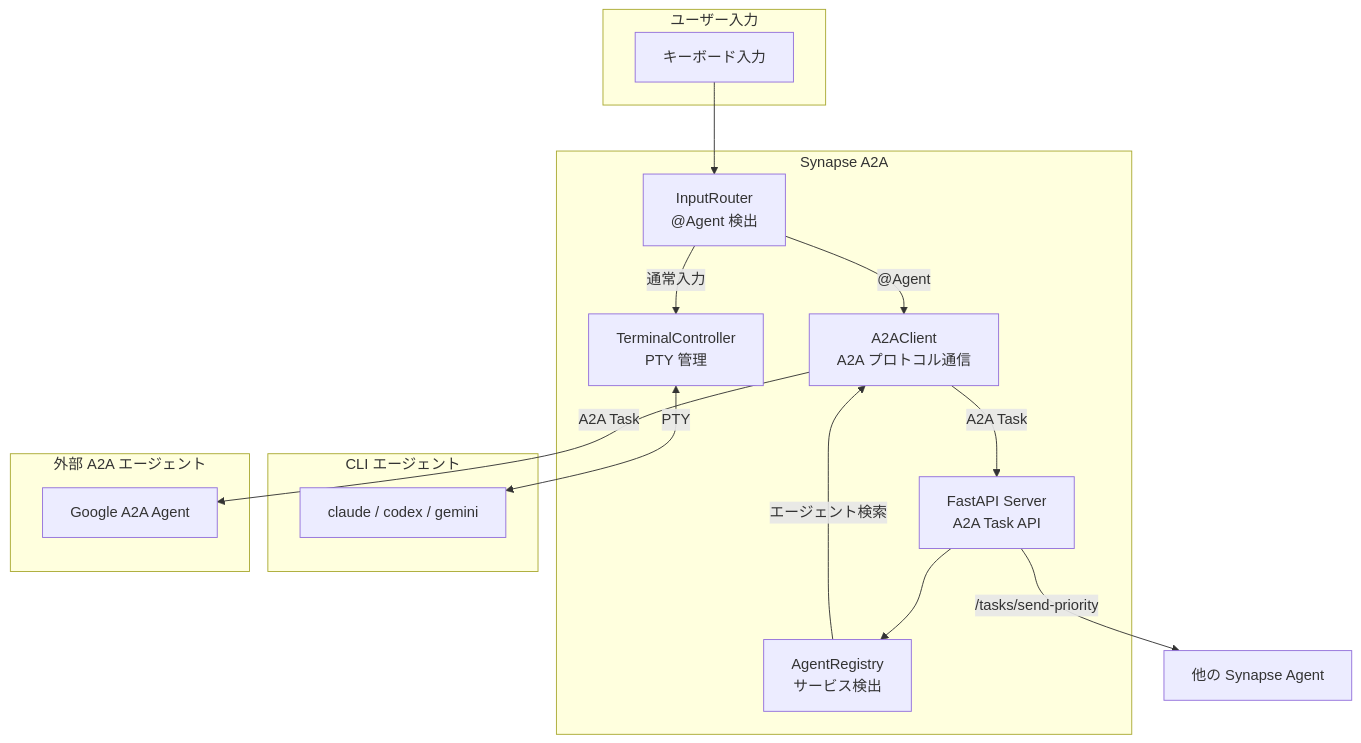
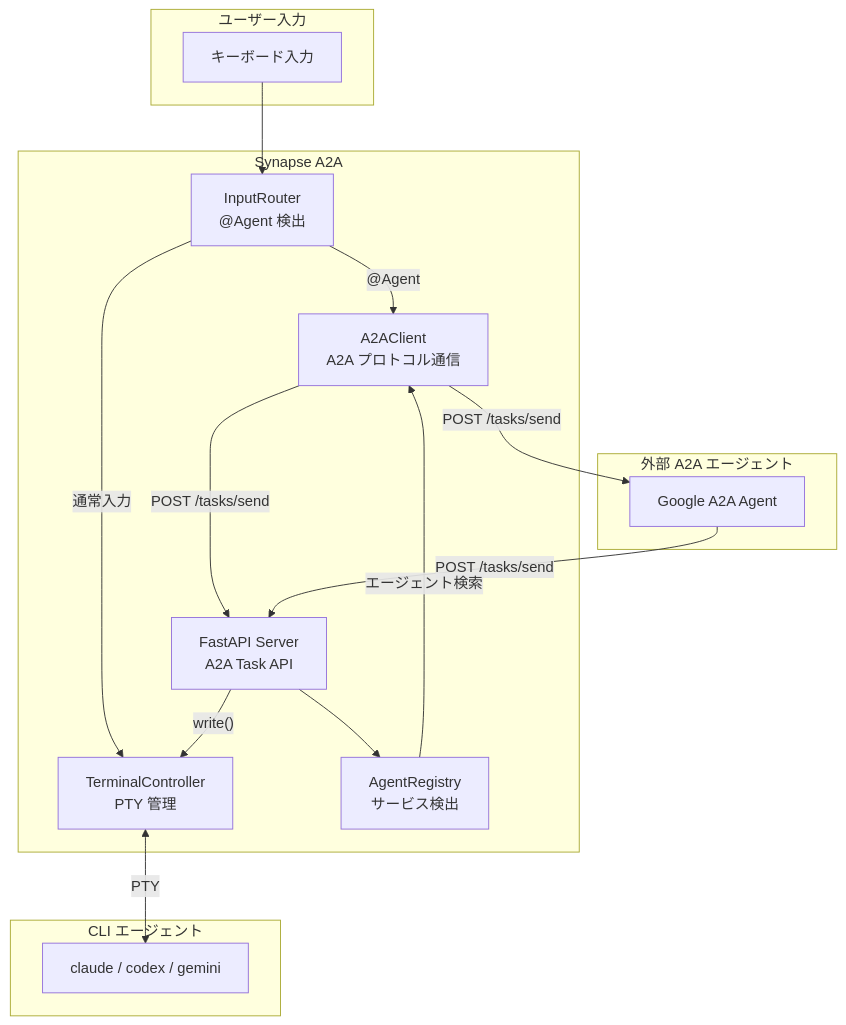
One commit to s-hiraoku/synapse-a2a changed the second of 3 diagrams in README.md. Above: the diagram before and after it, drawn with Mermaid. The commit also changed other lines of this file, not shown here.

Commit message:
docs: Update architecture diagram to show external agent reception
- Move external agent block to top for clarity
- Add arrow showing external agents can POST to Server
- Add Server → TerminalController write() flow
- Specify endpoint names (POST /tasks/send)
- Update Agent Card version example to 0.0.1

🤖 Generated with [Claude Code](https://claude.com/claude-code)

````diff
--- a/README.md
+++ b/README.md
@@ -74,32 +74,33 @@
 ```mermaid
 flowchart TB
     subgraph Human["ユーザー入力"]
         Input["キーボード入力"]
+    end
+
+    subgraph External["外部 A2A エージェント"]
+        ExtAgent["Google A2A Agent"]
     end
 
     subgraph Synapse["Synapse A2A"]
         IR["InputRouter<br/>@Agent 検出"]
         A2AClient["A2AClient<br/>A2A プロトコル通信"]
         TC["TerminalController<br/>PTY 管理"]
         Server["FastAPI Server<br/>A2A Task API"]
         Registry["AgentRegistry<br/>サービス検出"]
     end
 
     subgraph CLI["CLI エージェント"]
         Agent["claude / codex / gemini"]
     end
 
-    subgraph External["外部 A2A エージェント"]
-        ExtAgent["Google A2A Agent"]
-    end
-
     Input --> IR
     IR -->|"通常入力"| TC
     IR -->|"@Agent"| A2AClient
-    A2AClient -->|"A2A Task"| Server
-    A2AClient -->|"A2A Task"| ExtAgent
+    A2AClient -->|"POST /tasks/send"| Server
+    A2AClient -->|"POST /tasks/send"| ExtAgent
+    ExtAgent -->|"POST /tasks/send"| Server
+    Server -->|"write()"| TC
     TC <-->|"PTY"| Agent
     Server --> Registry
     Registry -->|"エージェント検索"| A2AClient
-    Server -->|"/tasks/send-priority"| OtherAgent["他の Synapse Agent"]
 ```
````
